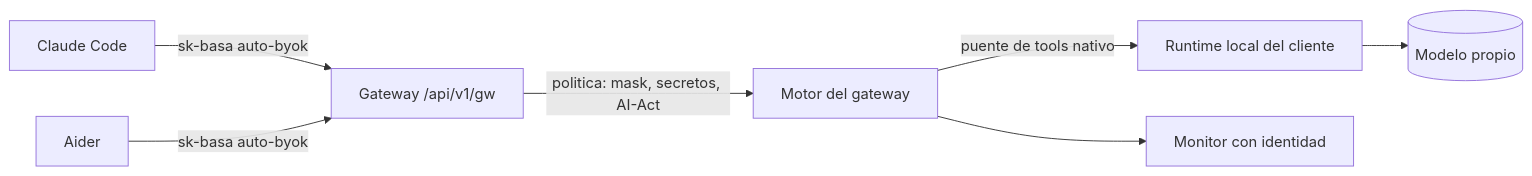
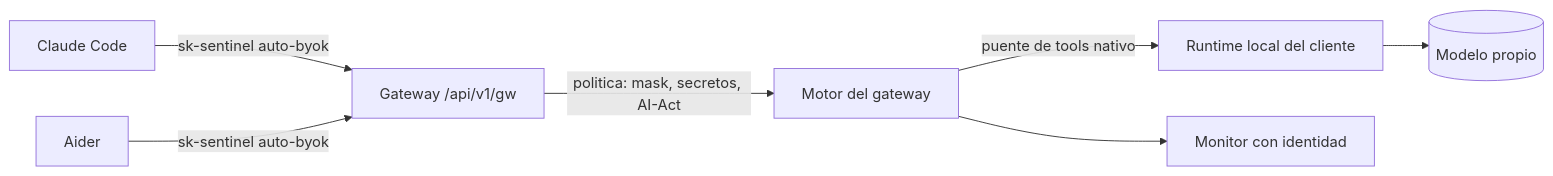
One commit to cluna-8/elea changed the diagram in docs/docs/integrations/modelo-propio.md. Above: the diagram before and after it, drawn with Mermaid. The commit also changed other lines of this file and 610 other files, not shown here.

First line of the commit message:
chore: rename Basa → Sentinel en todo el producto

````diff
--- a/docs/docs/integrations/modelo-propio.md
+++ b/docs/docs/integrations/modelo-propio.md
@@ -19,9 +19,9 @@
 ```mermaid
 graph LR
-    CC[Claude Code] -->|sk-basa auto-byok| GW[Gateway /api/v1/gw]
-    AI[Aider] -->|sk-basa auto-byok| GW
+    CC[Claude Code] -->|sk-sentinel auto-byok| GW[Gateway /api/v1/gw]
+    AI[Aider] -->|sk-sentinel auto-byok| GW
     GW -->|politica: mask, secretos, AI-Act| MOT[Motor del gateway]
     MOT -->|puente de tools nativo| OLL[Runtime local del cliente]
     OLL --> MOD[(Modelo propio)]
     MOT --> MON[Monitor con identidad]
 ```
````
